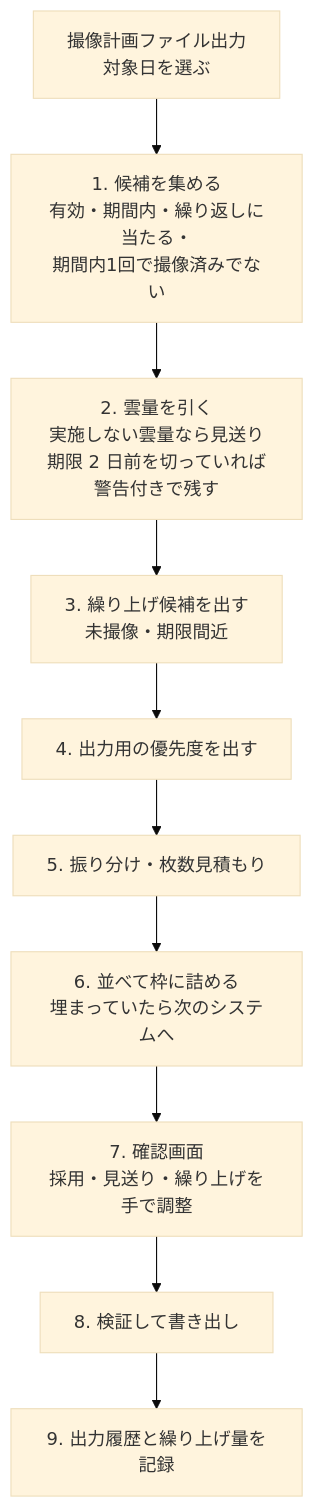
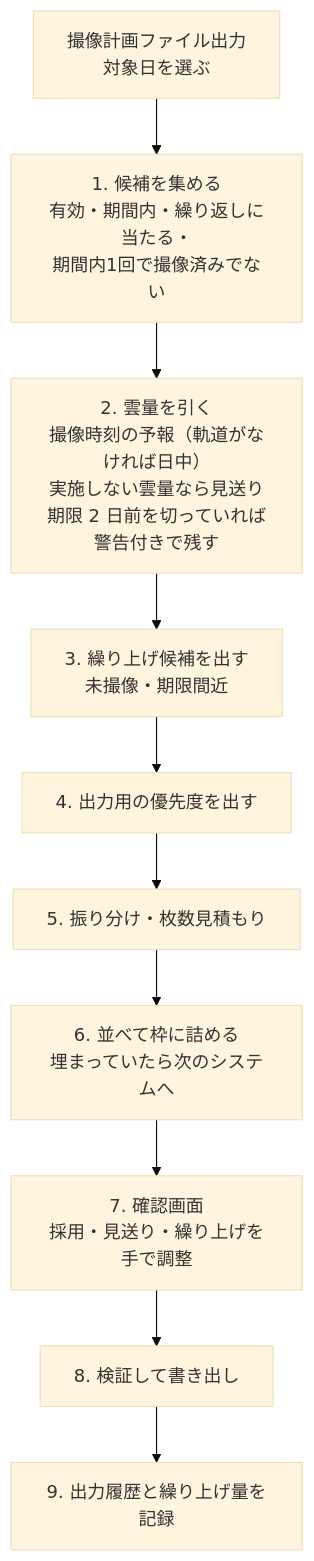
The second of 2 diagrams in docs/imaging-requests.md (Tosei-sudo/QGIS_SKYWATCH), drawn with Mermaid (base theme) before and after one commit. The commit also changed other lines of this file and 11 other files, not shown here.

````diff
--- a/docs/imaging-requests.md
+++ b/docs/imaging-requests.md
@@ -168,12 +174,12 @@
 ```mermaid
 flowchart TD
   S[撮像計画ファイル出力<br/>対象日を選ぶ] --> A[1. 候補を集める<br/>有効・期間内・繰り返しに当たる・<br/>期間内1回で撮像済みでない]
-  A --> W[2. 雲量を引く<br/>実施しない雲量なら見送り<br/>期限 2 日前を切っていれば警告付きで残す]
+  A --> W[2. 雲量を引く<br/>撮像時刻の予報（軌道がなければ日中）<br/>実施しない雲量なら見送り<br/>期限 2 日前を切っていれば警告付きで残す]
   W --> B[3. 繰り上げ候補を出す<br/>未撮像・期限間近]
   B --> R[4. 出力用の優先度を出す]
   R --> N[5. 振り分け・枚数見積もり]
   N --> Q[6. 並べて枠に詰める<br/>埋まっていたら次のシステムへ]
   Q --> P[7. 確認画面<br/>採用・見送り・繰り上げを手で調整]
   P --> X[8. 検証して書き出し]
   X --> H[9. 出力履歴と繰り上げ量を記録]
 ```
````
